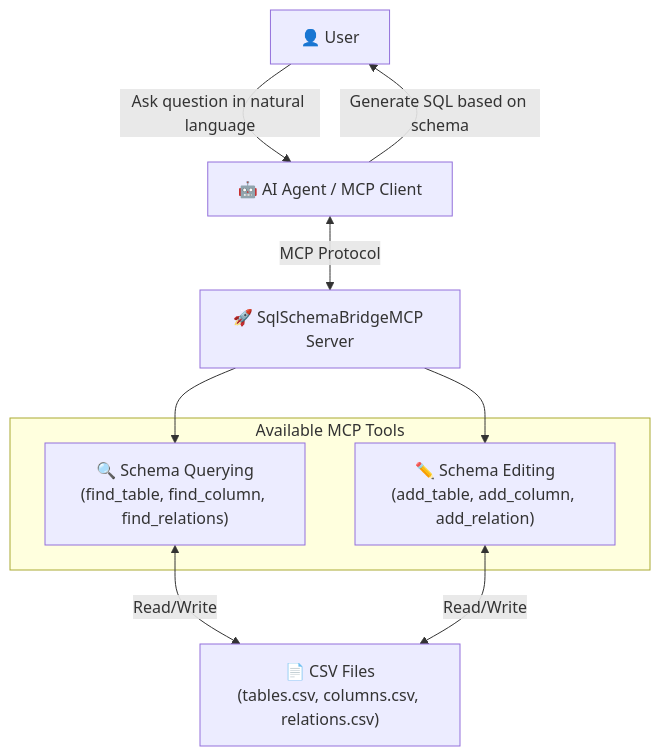
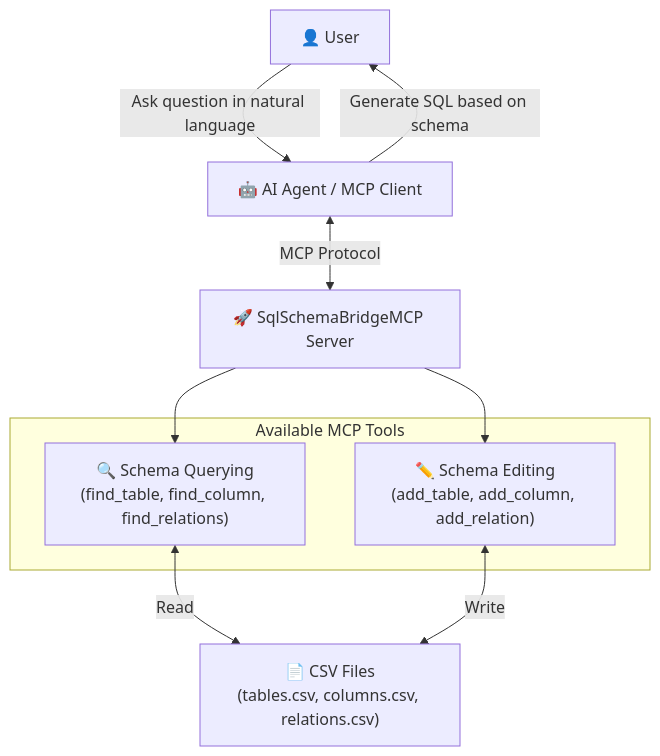
The first of 2 diagrams in README.md (yt3trees/SqlSchemaBridgeMCP), drawn with Mermaid before and after one commit. The commit also changed other lines of this file and 1 other file, not shown here.

````diff
--- a/README.md
+++ b/README.md
@@ -5,21 +5,21 @@
 ```mermaid
 graph TB
     User["👤 User"]
     Agent["🤖 AI Agent / MCP Client"]
     Server["🚀 SqlSchemaBridgeMCP Server"]
     CSVFiles["📄 CSV Files<br/>(tables.csv, columns.csv, relations.csv)"]
 
     subgraph "Available MCP Tools"
         QueryTools["🔍 Schema Querying<br/>(find_table, find_column, find_relations)"]
         EditTools["✏️ Schema Editing<br/>(add_table, add_column, add_relation)"]
     end
 
     %% Main Flow
     User -->|"Ask question in natural language"| Agent
     Agent <-->|"MCP Protocol"| Server
     Server --> QueryTools
     Server --> EditTools
-    QueryTools <-->|"Read/Write"| CSVFiles
-    EditTools <-->|"Read/Write"| CSVFiles
+    QueryTools <-->|"Read"| CSVFiles
+    EditTools <-->|"Write"| CSVFiles
     Agent -->|"Generate SQL based on schema"| User
 ```
````
